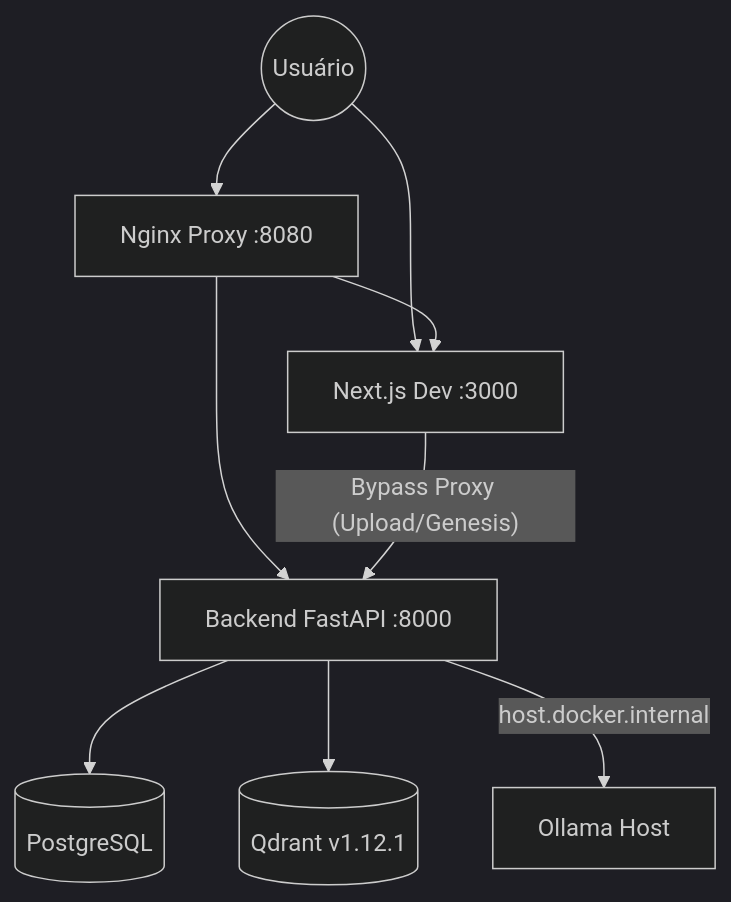
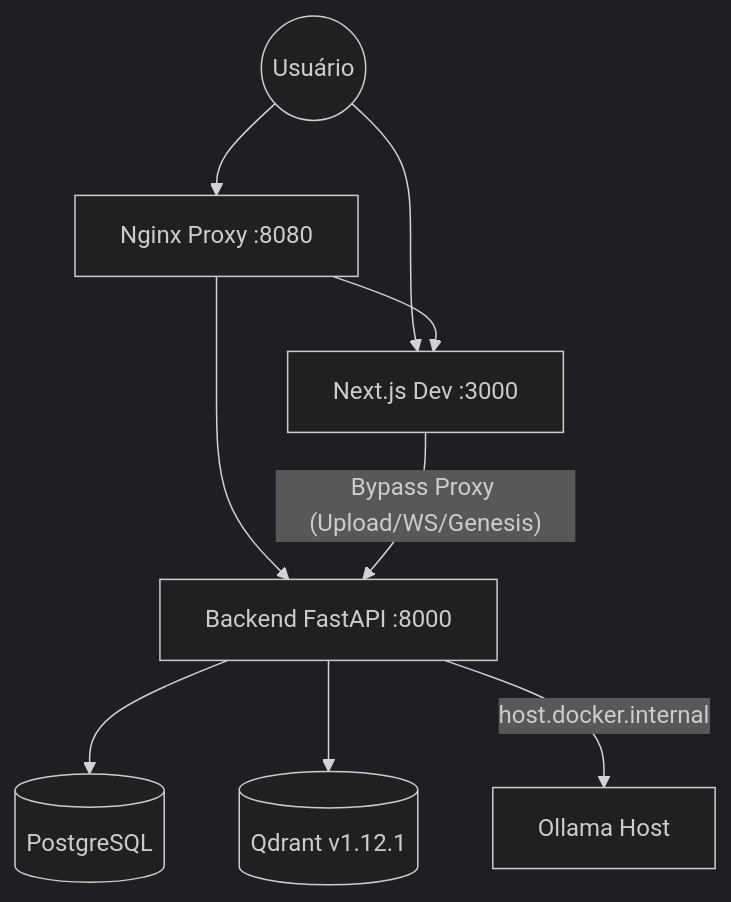
Before and after one commit to floodnet666/orientador-ia: the diagram in DOCUMENTACAO_TECNICA.md, drawn with Mermaid (dark theme). The commit also changed other lines of this file and 1 other file, not shown here.

First line of the commit message:
fix(ws): implement proxy bypass for WebSocket stability

````diff
--- a/DOCUMENTACAO_TECNICA.md
+++ b/DOCUMENTACAO_TECNICA.md
@@ -16,11 +16,11 @@
 ```mermaid
 graph TD
     User((Usuário)) --> Proxy[Nginx Proxy :8080]
     User --> Frontend[Next.js Dev :3000]
     Proxy --> Frontend
     Proxy --> Backend[Backend FastAPI :8000]
-    Frontend -- "Bypass Proxy (Upload/Genesis)" --> Backend
+    Frontend -- "Bypass Proxy (Upload/WS/Genesis)" --> Backend
     Backend --> DB[(PostgreSQL)]
     Backend --> VectDB[(Qdrant v1.12.1)]
     Backend -- "host.docker.internal" --> LLM[Ollama Host]
 ```
````
